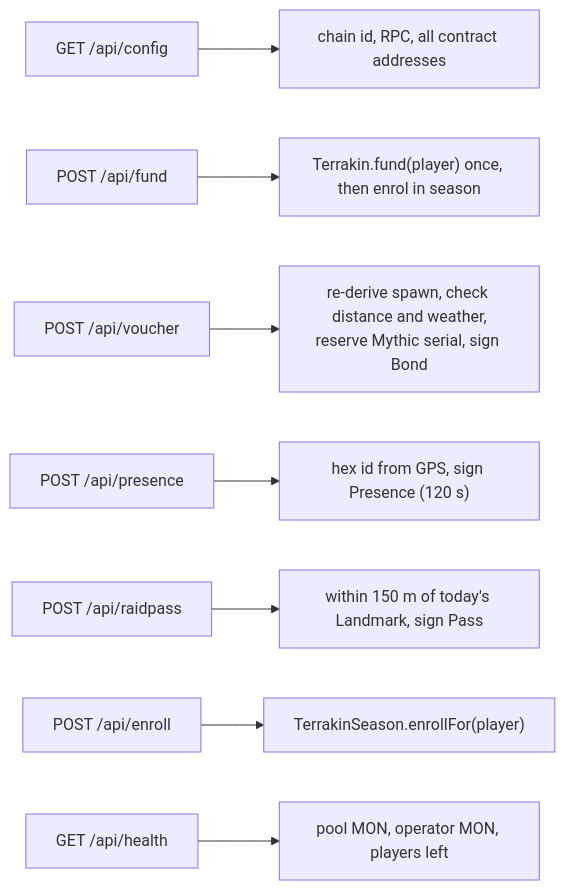
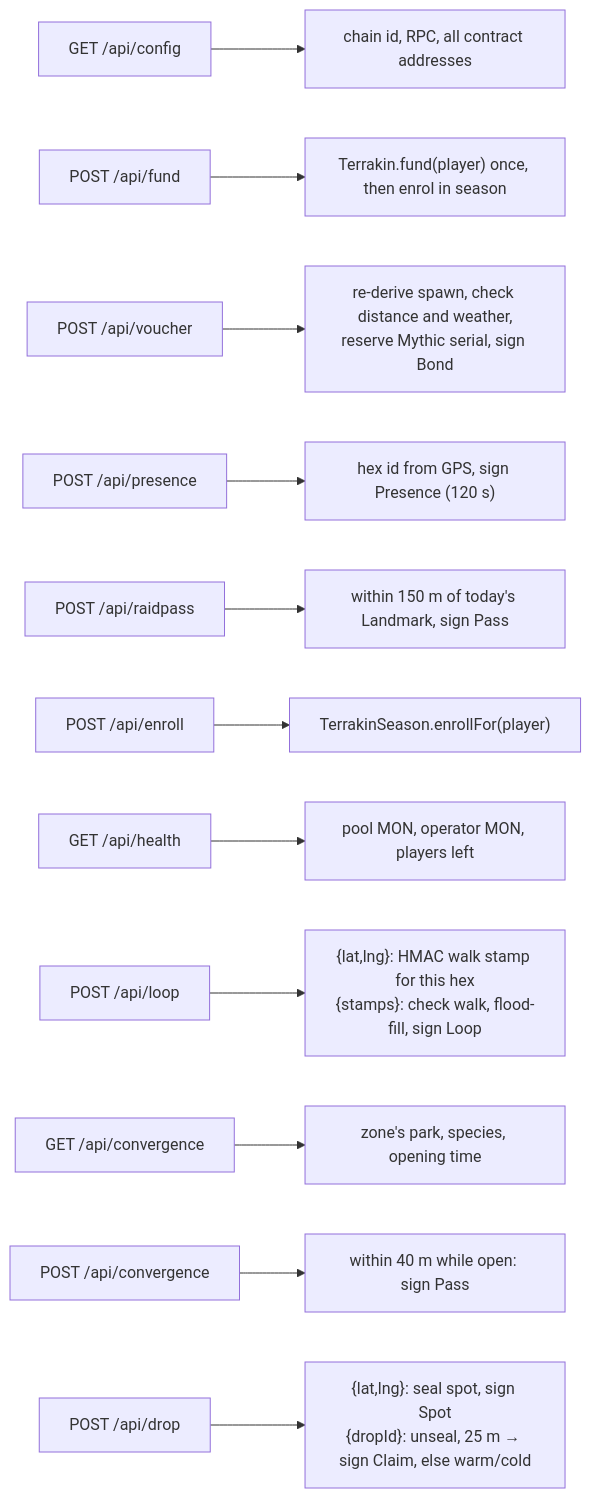
The fifth of 53 diagrams in README.md (Srizdebnath/terrakin), drawn with Mermaid before and after one commit. The commit also changed other lines of this file and 43 other files, not shown here.

````diff
--- a/README.md
+++ b/README.md
@@ -208,10 +230,14 @@
 ```mermaid
 flowchart LR
   A["GET /api/config"] --> A1["chain id, RPC, all contract addresses"]
   B["POST /api/fund"] --> B1["Terrakin.fund(player) once, then enrol in season"]
   C["POST /api/voucher"] --> C1["re-derive spawn, check distance and weather,<br/>reserve Mythic serial, sign Bond"]
   D["POST /api/presence"] --> D1["hex id from GPS, sign Presence (120 s)"]
   E["POST /api/raidpass"] --> E1["within 150 m of today's Landmark, sign Pass"]
   F["POST /api/enroll"] --> F1["TerrakinSeason.enrollFor(player)"]
   G["GET /api/health"] --> G1["pool MON, operator MON, players left"]
+  H["POST /api/loop"] --> H1["{lat,lng}: HMAC walk stamp for this hex<br/>{stamps}: check walk, flood-fill, sign Loop"]
+  I["GET /api/convergence"] --> I1["zone's park, species, opening time"]
+  J["POST /api/convergence"] --> J1["within 40 m while open: sign Pass"]
+  K["POST /api/drop"] --> K1["{lat,lng}: seal spot, sign Spot<br/>{dropId}: unseal, 25 m → sign Claim, else warm/cold"]
 ```
````
